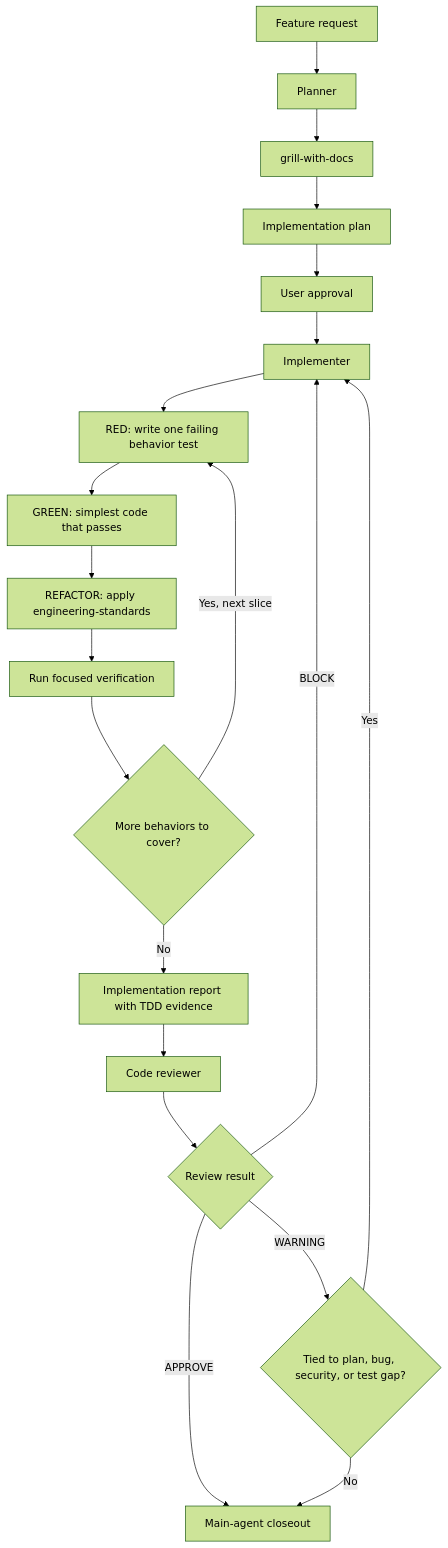
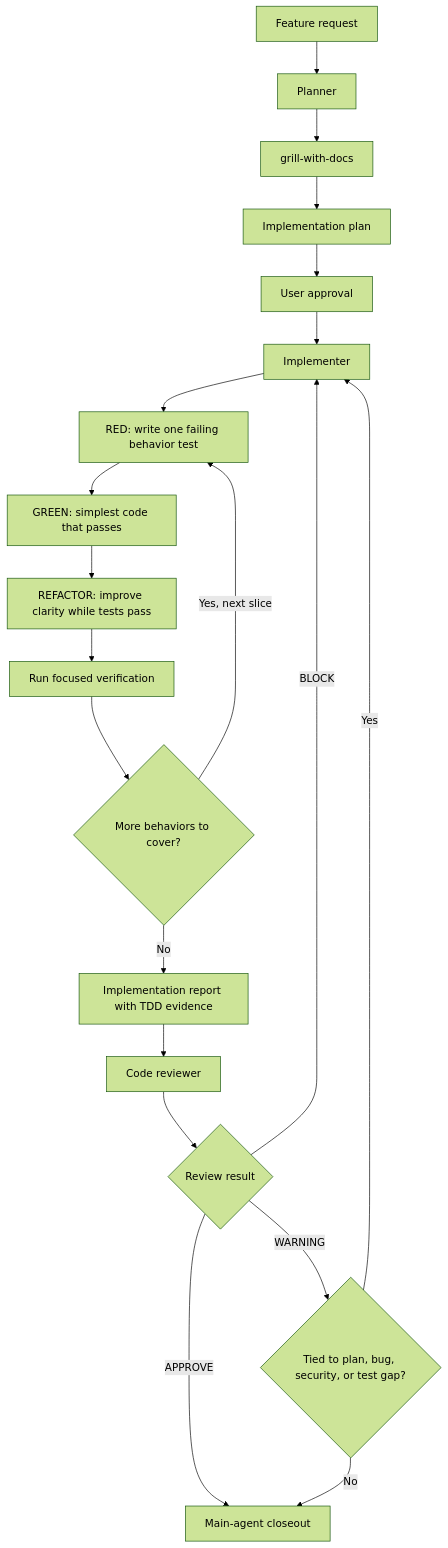
One commit to aloilor/lean-coding-agent changed the diagram in docs/workflows/feature-development.md. Above: the diagram before and after it, drawn with Mermaid (forest theme). The commit also changed 24 other files, not shown here.

Commit message:
chore(skills): remove engineering-standards

````diff
--- a/docs/workflows/feature-development.md
+++ b/docs/workflows/feature-development.md
@@ -21,22 +21,22 @@
 ```mermaid
 flowchart TD
     A[Feature request] --> B[Planner]
     B --> C[grill-with-docs]
     C --> D[Implementation plan]
     D --> E[User approval]
     E --> F[Implementer]
     F --> G[RED: write one failing behavior test]
     G --> H[GREEN: simplest code that passes]
-    H --> I[REFACTOR: apply engineering-standards]
+    H --> I[REFACTOR: improve clarity while tests pass]
     I --> J[Run focused verification]
     J --> K{More behaviors to cover?}
     K -->|Yes, next slice| G
     K -->|No| L[Implementation report with TDD evidence]
     L --> M[Code reviewer]
     M --> N{Review result}
     N -->|APPROVE| O[Main-agent closeout]
     N -->|BLOCK| F
     N -->|WARNING| P{Tied to plan, bug, security, or test gap?}
     P -->|Yes| F
     P -->|No| O
 ```
````
